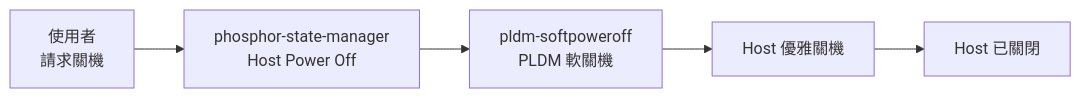
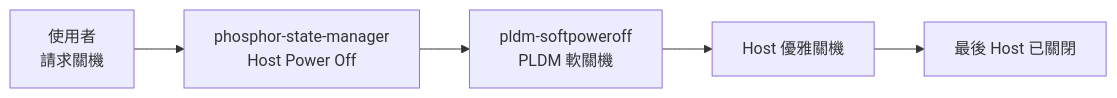
The second of 2 diagrams in pldm/SoftOff.md (chilung-cgu/bmc-firmware-knowledge-base), drawn with Mermaid before and after one commit. The commit also changed other lines of this file and 30 other files, not shown here.

````diff
--- a/pldm/SoftOff.md
+++ b/pldm/SoftOff.md
@@ -189,7 +202,7 @@
 ```mermaid
 graph LR
     User["使用者<br/>請求關機"] --> PowerMgr["phosphor-state-manager<br/>Host Power Off"]
     PowerMgr --> SoftOff["pldm-softpoweroff<br/>PLDM 軟關機"]
     SoftOff --> Host["Host 優雅關機"]
-    Host --> Done["Host 已關閉"]
+    Host --> Done["最後 Host 已關閉"]
 ```
````
